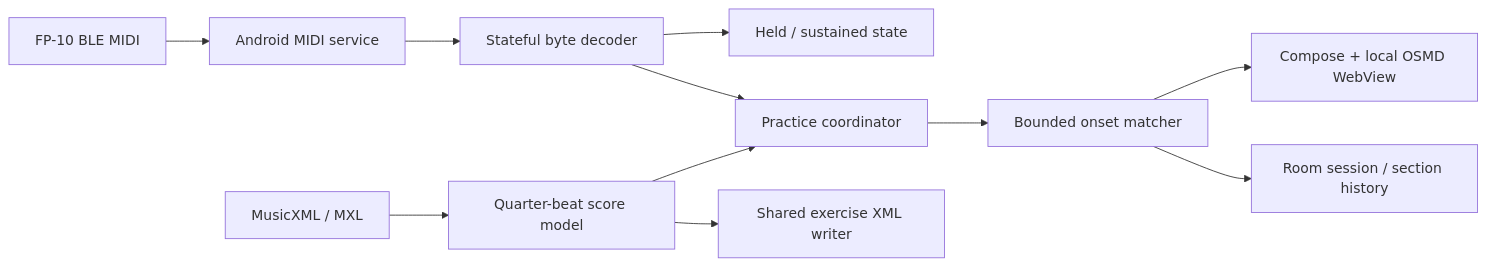
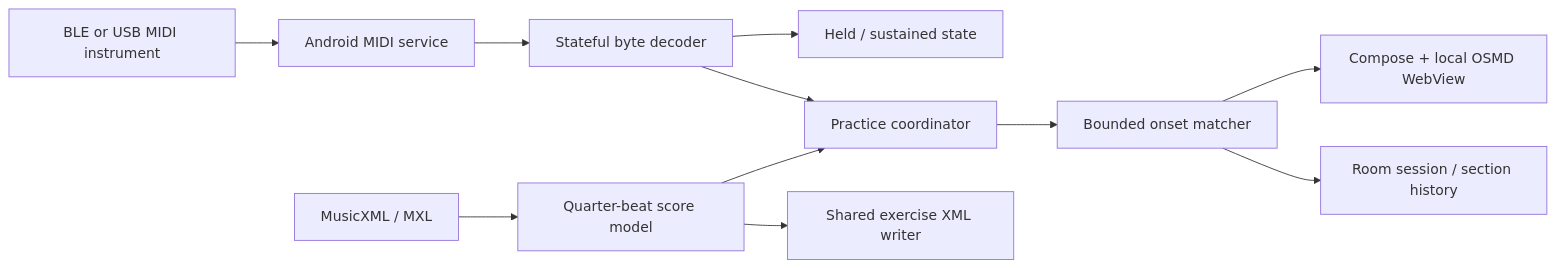
The diagram in docs/ARCHITECTURE.md (maratos92/piano-path), drawn with Mermaid before and after one commit. The commit also changed other lines of this file and 72 other files, not shown here.

Commit message:
Add visual practice review, acoustic piano, USB MIDI, themes and voluntary support

````diff
--- a/docs/ARCHITECTURE.md
+++ b/docs/ARCHITECTURE.md
@@ -9,13 +9,13 @@
 ```mermaid
 flowchart LR
-  FP[FP-10 BLE MIDI] --> OS[Android MIDI service]
+  FP[BLE or USB MIDI instrument] --> OS[Android MIDI service]
   OS --> Parser[Stateful byte decoder]
   Parser --> Keys[Held / sustained state]
   Parser --> VM[Practice coordinator]
   XML[MusicXML / MXL] --> Score[Quarter-beat score model]
   Score --> VM
   Score --> Generator[Shared exercise XML writer]
   VM --> Engine[Bounded onset matcher]
   Engine --> UI[Compose + local OSMD WebView]
   Engine --> DB[Room session / section history]
 ```
````
